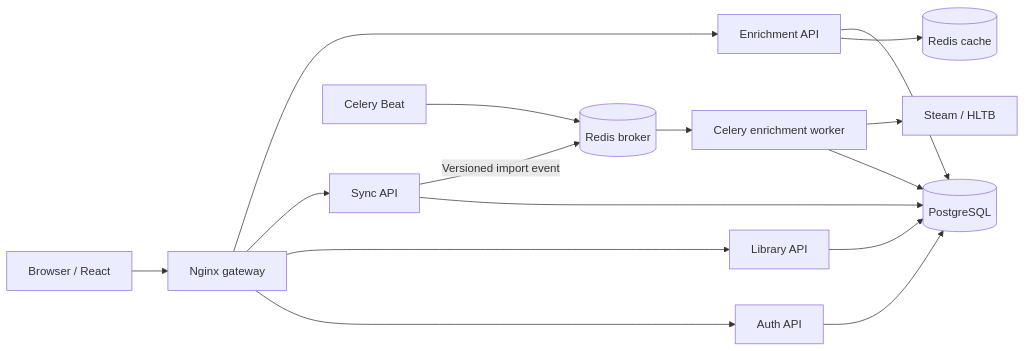
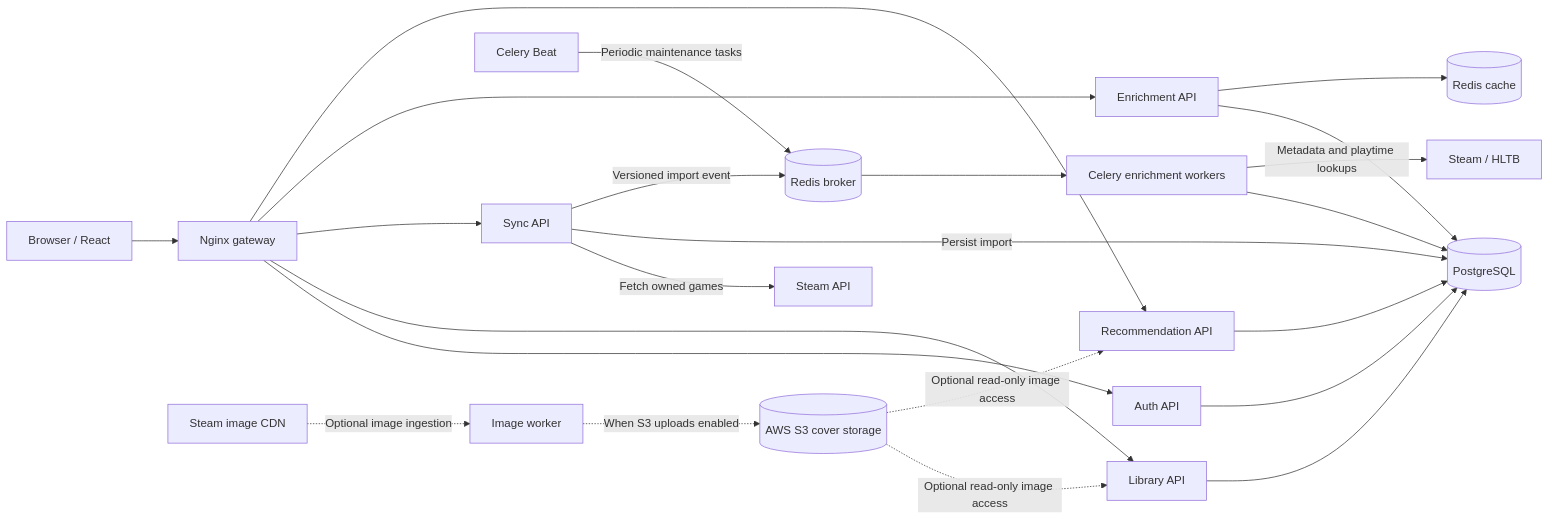
One commit to razzawe/backlog-beater changed the diagram in README.md. Above: the diagram before and after it, drawn with Mermaid. The commit also changed other lines of this file, not shown here.

Commit message:
Document optional AWS S3 image storage integration
Added details about optional AWS S3 image storage integration, including upload and display paths, credential separation, and cost control considerations. Updated architectural notes to clarify the implementation status of S3 functionality.

````diff
--- a/README.md
+++ b/README.md
@@ -28,18 +29,28 @@
 ```mermaid
 flowchart LR
   Client[Browser / React] --> Gateway[Nginx gateway]
   Gateway --> Auth[Auth API]
   Gateway --> Library[Library API]
   Gateway --> Sync[Sync API]
   Gateway --> Enrichment[Enrichment API]
-  Sync --> DB[(PostgreSQL)]
-  Sync -->|Versioned import event| Redis[(Redis broker)]
-  Scheduler[Celery Beat] --> Redis
-  Redis --> Worker[Celery enrichment worker]
-  Worker --> DB
-  Worker --> External[Steam / HLTB]
-  Enrichment --> Cache[(Redis cache)]
+  Gateway --> Recommendation[Recommendation API]
+
+  Sync -->|Fetch owned games| Steam[Steam API]
+  Sync -->|Persist import| DB[(PostgreSQL)]
+  Sync -->|Versioned import event| Broker[(Redis broker)]
+  Beat[Celery Beat] -->|Periodic maintenance tasks| Broker
+  Broker --> EnrichmentWorker[Celery enrichment workers]
+  EnrichmentWorker --> DB
+  EnrichmentWorker -->|Metadata and playtime lookups| External[Steam / HLTB]
+
   Auth --> DB
   Library --> DB
   Enrichment --> DB
+  Recommendation --> DB
+  Enrichment --> Cache[(Redis cache)]
+
+  SteamCDN[Steam image CDN] -.->|Optional image ingestion| ImageWorker[Image worker]
+  ImageWorker -.->|When S3 uploads enabled| S3[(AWS S3 cover storage)]
+  S3 -.->|Optional read-only image access| Library
+  S3 -.->|Optional read-only image access| Recommendation
 ```
````
